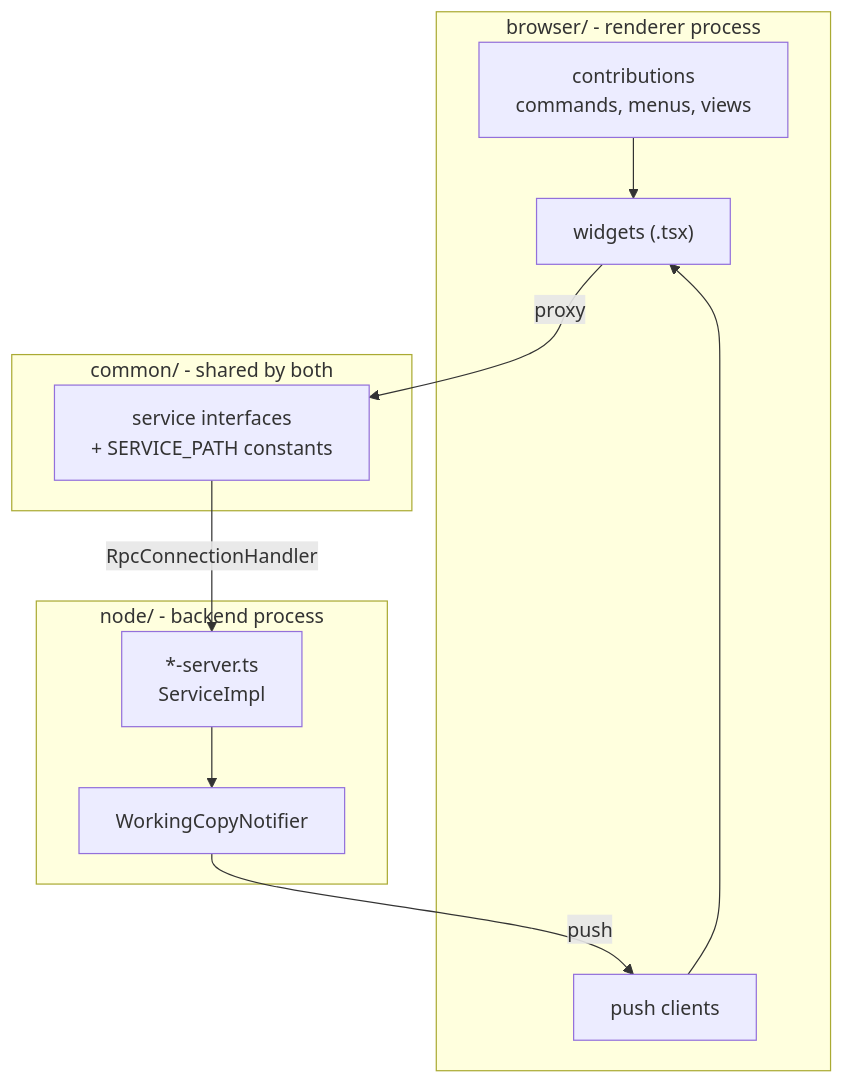
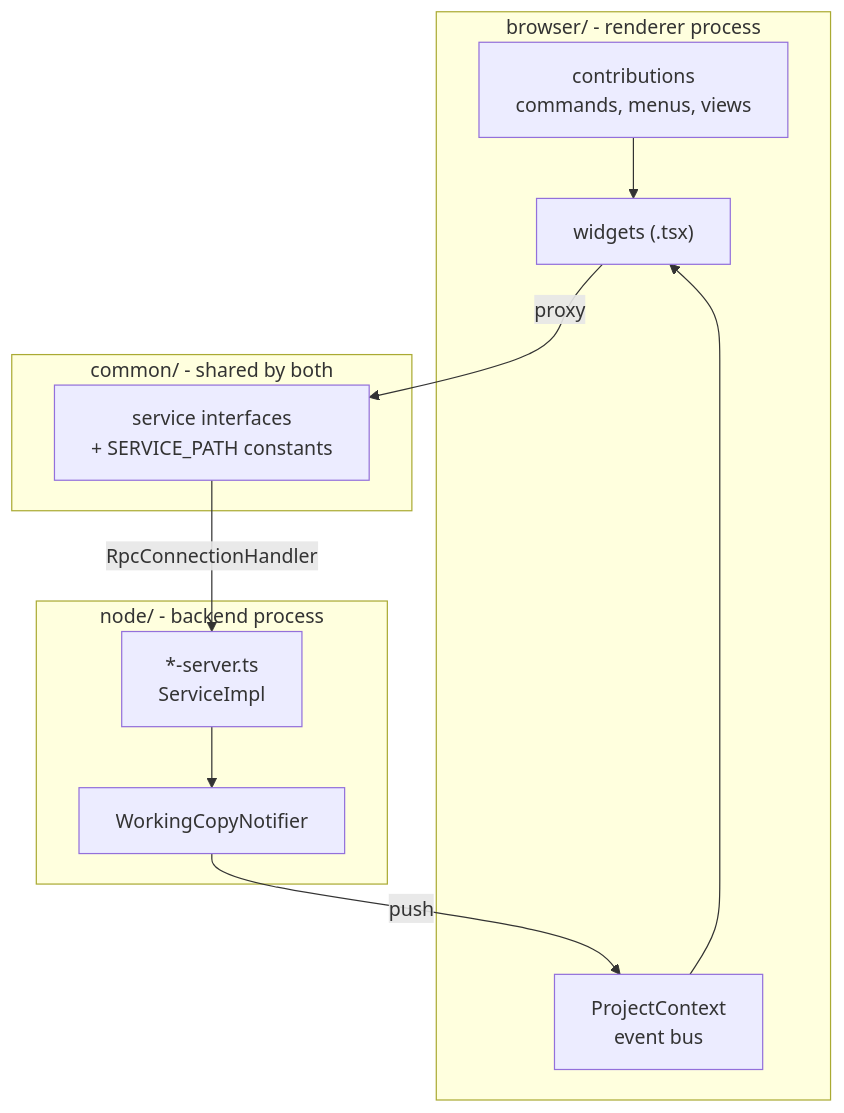
Before and after one commit to en-gen/hackbench: the first of 2 diagrams in docs/architecture/theia-shell.md, drawn with Mermaid. The commit also changed other lines of this file and 45 other files, not shown here.

Commit message:
One edit event (CloudEvents-shaped) on the project connection and one ROM-changed event; Maps no longer subscribes to edits (#576)

````diff
--- a/docs/architecture/theia-shell.md
+++ b/docs/architecture/theia-shell.md
@@ -36,24 +36,24 @@
 ```mermaid
 flowchart TB
     subgraph b["browser/ - renderer process"]
         w["widgets (.tsx)"]
         c["contributions<br/>commands, menus, views"]
-        pc["push clients"]
+        pc["ProjectContext<br/>event bus"]
     end
 
     subgraph cm["common/ - shared by both"]
         p["service interfaces<br/>+ SERVICE_PATH constants"]
     end
 
     subgraph n["node/ - backend process"]
         s["*-server.ts<br/>ServiceImpl"]
         wcn["WorkingCopyNotifier"]
     end
 
     w -->|proxy| p
     c --> w
     p -->|RpcConnectionHandler| s
     s --> wcn
     wcn -->|push| pc
     pc --> w
 ```
````
